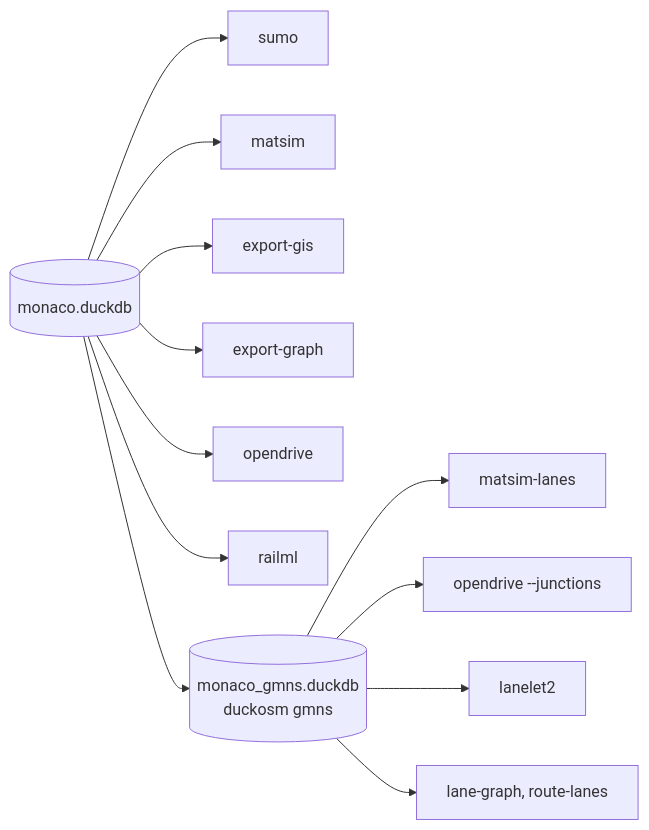
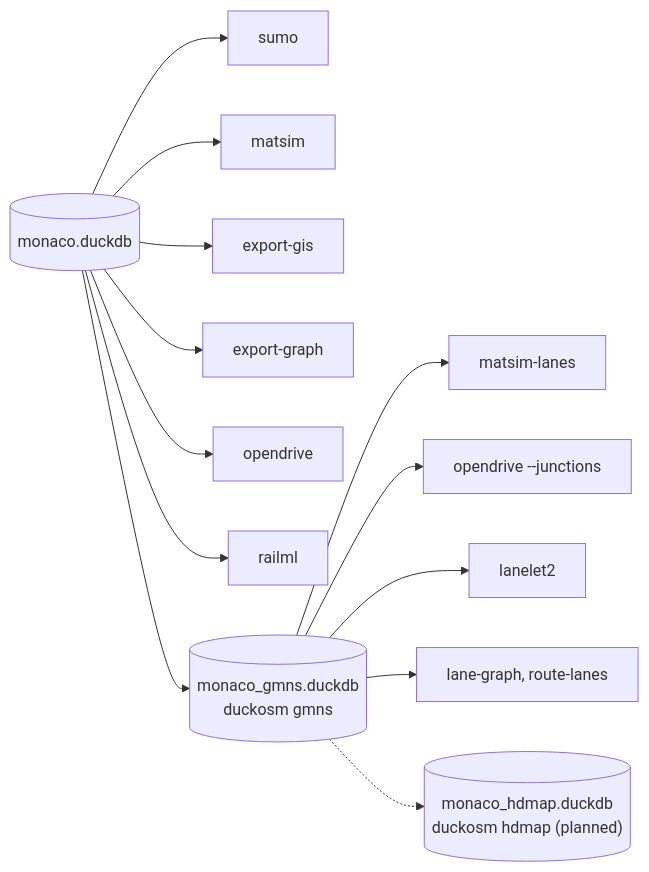
The diagram in docs/exports/index.md (Khoshkhah/duckOSM), drawn with Mermaid before and after one commit. The commit also changed other lines of this file and 8 other files, not shown here.

````diff
--- a/docs/exports/index.md
+++ b/docs/exports/index.md
@@ -85,14 +88,15 @@
 ```mermaid
 flowchart LR
   db[("monaco.duckdb")] --> sumo["sumo"]
   db --> matsim["matsim"]
   db --> gis["export-gis"]
   db --> nx["export-graph"]
   db --> xodr["opendrive"]
   db --> rail["railml"]
   db --> gmns[("monaco_gmns.duckdb<br/>duckosm gmns")]
   gmns --> lanes["matsim-lanes"]
   gmns --> xodrj["opendrive --junctions"]
   gmns --> ll2["lanelet2"]
   gmns --> lg["lane-graph, route-lanes"]
+  gmns -.-> hd[("monaco_hdmap.duckdb<br/>duckosm hdmap (planned)")]
 ```
````
